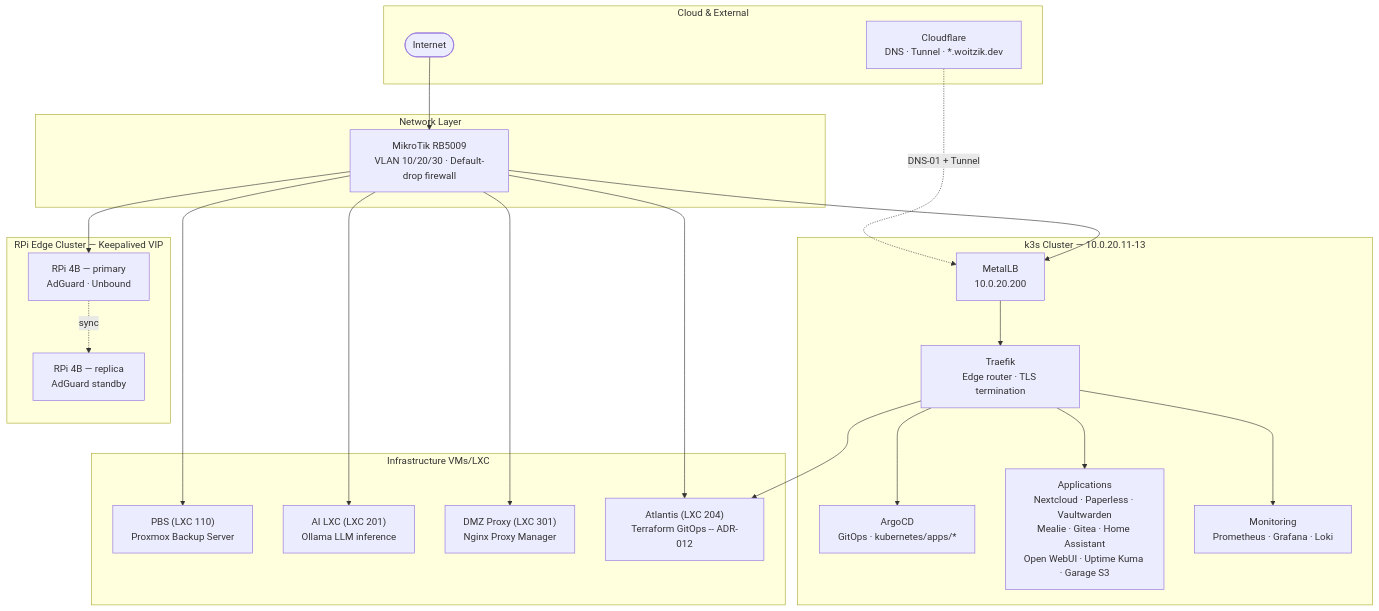
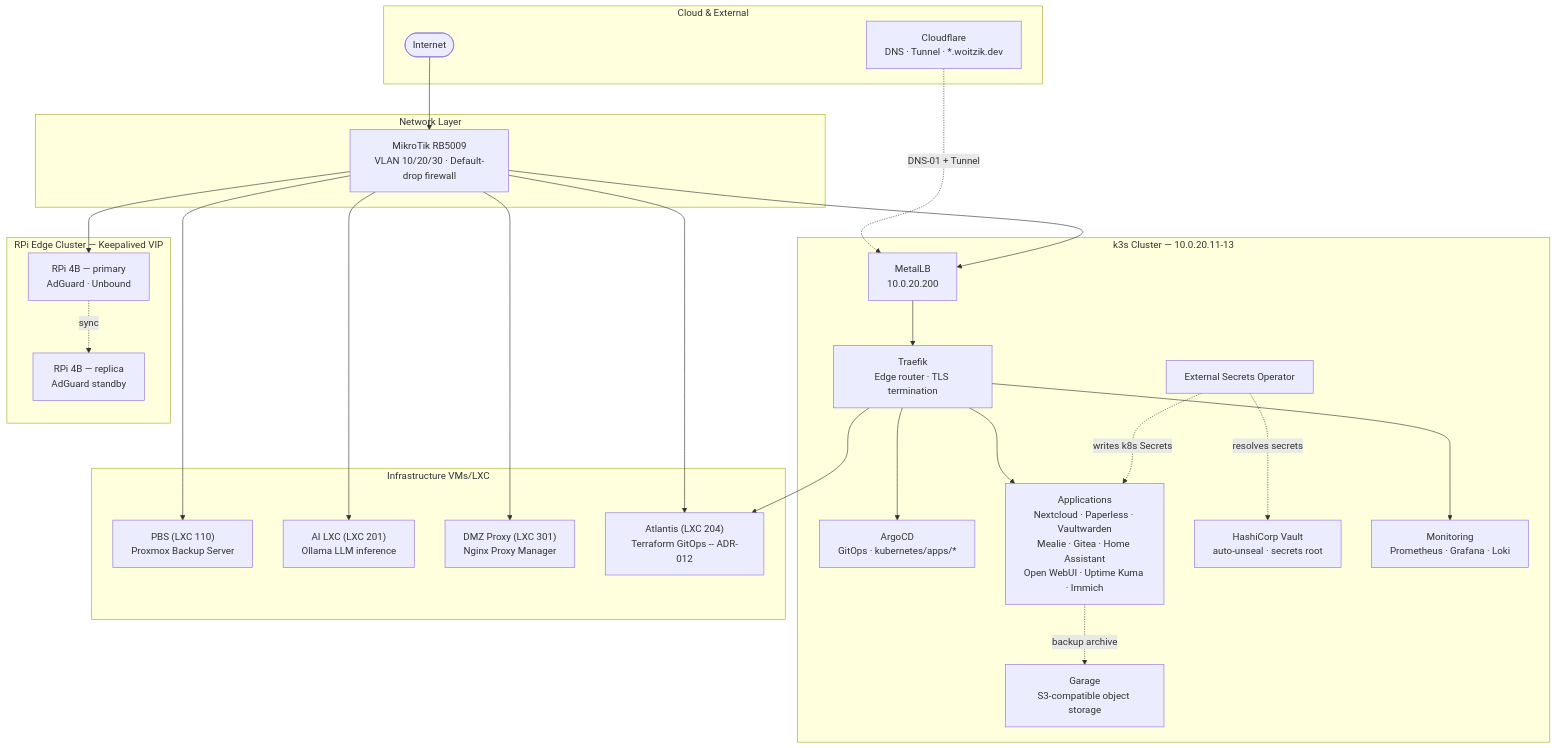
The diagram in README.md (dwoitzik/homelab-infrastructure), drawn with Mermaid before and after one commit. The commit also changed other lines of this file and 13 other files, not shown here.

````diff
--- a/README.md
+++ b/README.md
@@ -30,46 +30,52 @@
 ```mermaid
 graph TB
     subgraph cloud["Cloud & External"]
         NET([Internet])
         CF["Cloudflare\nDNS · Tunnel · *.woitzik.dev"]
     end
 
     subgraph router["Network Layer"]
         MK["MikroTik RB5009\nVLAN 10/20/30 · Default-drop firewall"]
     end
 
     subgraph k3s["k3s Cluster — 10.0.20.11-13"]
         LB["MetalLB\n10.0.20.200"]
         TR["Traefik\nEdge router · TLS termination"]
         ARGO["ArgoCD\nGitOps · kubernetes/apps/*"]
-        APPS["Applications\nNextcloud · Paperless · Vaultwarden\nMealie · Gitea · Home Assistant\nOpen WebUI · Uptime Kuma · Garage S3"]
+        APPS["Applications\nNextcloud · Paperless · Vaultwarden\nMealie · Gitea · Home Assistant\nOpen WebUI · Uptime Kuma · Immich"]
+        VAULT["HashiCorp Vault\nauto-unseal · secrets root"]
+        ESO["External Secrets Operator"]
+        GARAGE["Garage\nS3-compatible object storage"]
         MON["Monitoring\nPrometheus · Grafana · Loki"]
     end
 
     subgraph edge["RPi Edge Cluster — Keepalived VIP"]
         RPI1["RPi 4B — primary\nAdGuard · Unbound"]
         RPI2["RPi 4B — replica\nAdGuard standby"]
     end
 
     subgraph infra["Infrastructure VMs/LXC"]
         PBS["PBS (LXC 110)\nProxmox Backup Server"]
         AI["AI LXC (LXC 201)\nOllama LLM inference"]
         DMZ["DMZ Proxy (LXC 301)\nNginx Proxy Manager"]
         ATLLXC["Atlantis (LXC 204)\nTerraform GitOps -- ADR-012"]
     end
 
     NET --> MK
     CF -. "DNS-01 + Tunnel" .-> LB
     MK --> LB
     LB --> TR
     TR --> ARGO
     TR --> APPS
     TR --> MON
     TR --> ATLLXC
+    ESO -. "resolves secrets" .-> VAULT
+    ESO -. "writes k8s Secrets" .-> APPS
+    APPS -. "backup archive" .-> GARAGE
     MK --> RPI1
     RPI1 -. "sync" .-> RPI2
     MK --> PBS
     MK --> AI
     MK --> DMZ
     MK --> ATLLXC
 ```
````
